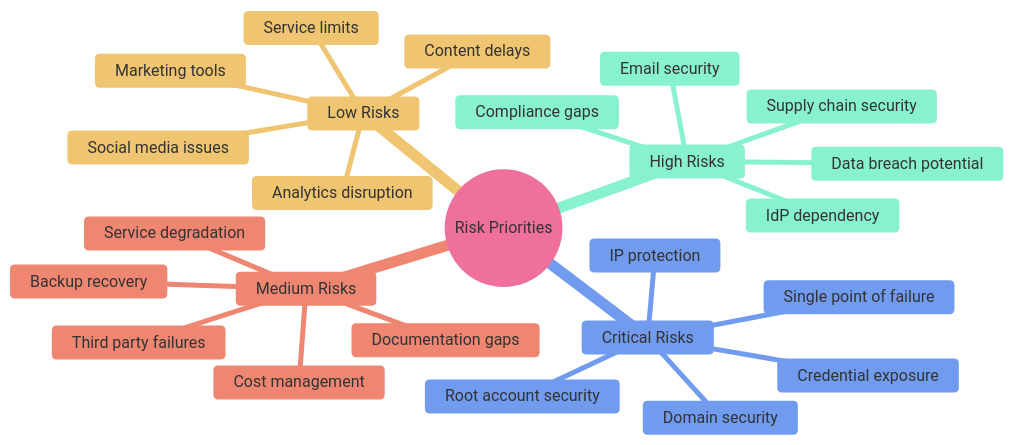
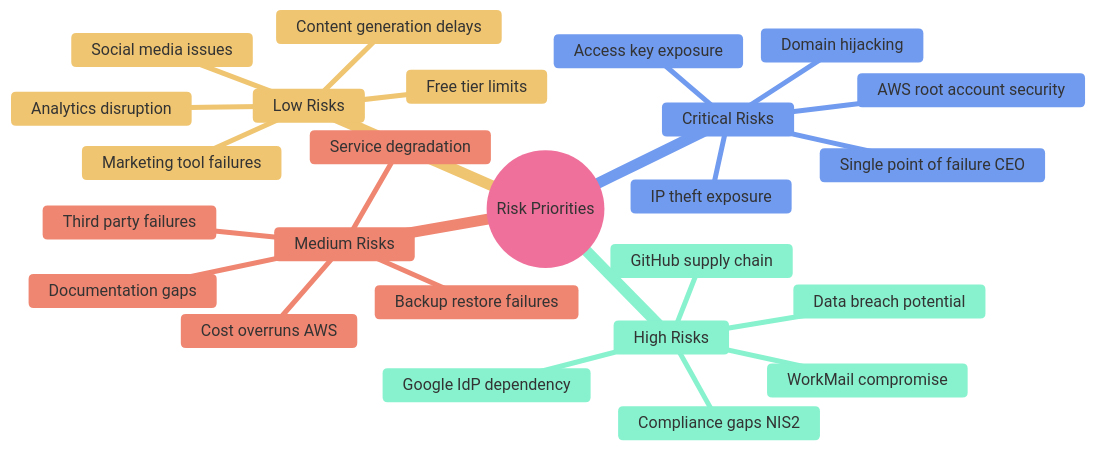
One commit to Hack23/ISMS-PUBLIC changed the seventh of 8 diagrams in Asset_Register.md. Above: the diagram before and after it, drawn with Mermaid. The commit also changed other lines of this file, not shown here.

````diff
--- a/Asset_Register.md
+++ b/Asset_Register.md
@@ -571,31 +583,31 @@
 ```mermaid
 %%{
   init: { 'theme': 'base', 'themeVariables': { 'primaryColor': '#fce4ec', 'lineColor': '#f48fb1' } }
 }%%
 mindmap
   root((Risk Priorities))
     Critical Risks
-      Single point of failure
-      Root account security
-      Credential exposure
-      Domain security
-      IP protection
+      Single point of failure CEO
+      AWS root account security
+      Access key exposure
+      Domain hijacking
+      IP theft exposure
     High Risks  
-      Supply chain security
-      IdP dependency
+      GitHub supply chain
+      Google IdP dependency
       Data breach potential
-      Compliance gaps
-      Email security
+      Compliance gaps NIS2
+      WorkMail compromise
     Medium Risks
-      Cost management
+      Cost overruns AWS
       Service degradation
       Third party failures
       Documentation gaps
-      Backup recovery
+      Backup restore failures
     Low Risks
-      Content delays
+      Content generation delays
       Social media issues
-      Service limits
-      Marketing tools
+      Free tier limits
+      Marketing tool failures
       Analytics disruption
 ```
````
